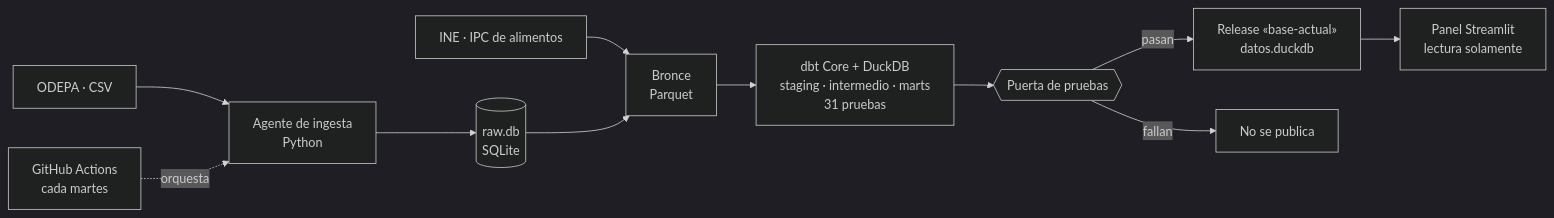
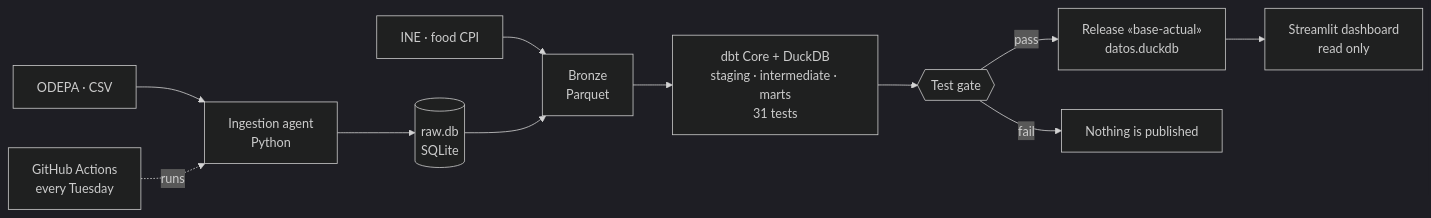
One commit to ben-carter-data/greenocean changed the diagram in README.md. Above: the diagram before and after it, drawn with Mermaid (dark theme). The commit also changed other lines of this file and 5 other files, not shown here.

````diff
--- a/README.md
+++ b/README.md
@@ -72,13 +72,13 @@
 ```mermaid
 flowchart LR
-    ODEPA[ODEPA · CSV] --> A[Agente de ingesta<br/>Python]
-    INE[INE · IPC de alimentos] --> B
+    ODEPA[ODEPA · CSV] --> A[Ingestion agent<br/>Python]
+    INE[INE · food CPI] --> B
     A --> R[(raw.db<br/>SQLite)]
-    R --> B[Bronce<br/>Parquet]
-    B --> D[dbt Core + DuckDB<br/>staging · intermedio · marts<br/>31 pruebas]
-    D --> G{{Puerta de pruebas}}
-    G -->|pasan| P[Release «base-actual»<br/>datos.duckdb]
-    G -->|fallan| X[No se publica]
-    P --> S[Panel Streamlit<br/>lectura solamente]
-    W[GitHub Actions<br/>cada martes] -.orquesta.-> A
+    R --> B[Bronze<br/>Parquet]
+    B --> D[dbt Core + DuckDB<br/>staging · intermediate · marts<br/>31 tests]
+    D --> G{{Test gate}}
+    G -->|pass| P[Release «base-actual»<br/>datos.duckdb]
+    G -->|fail| X[Nothing is published]
+    P --> S[Streamlit dashboard<br/>read only]
+    W[GitHub Actions<br/>every Tuesday] -.runs.-> A
 ```
````
